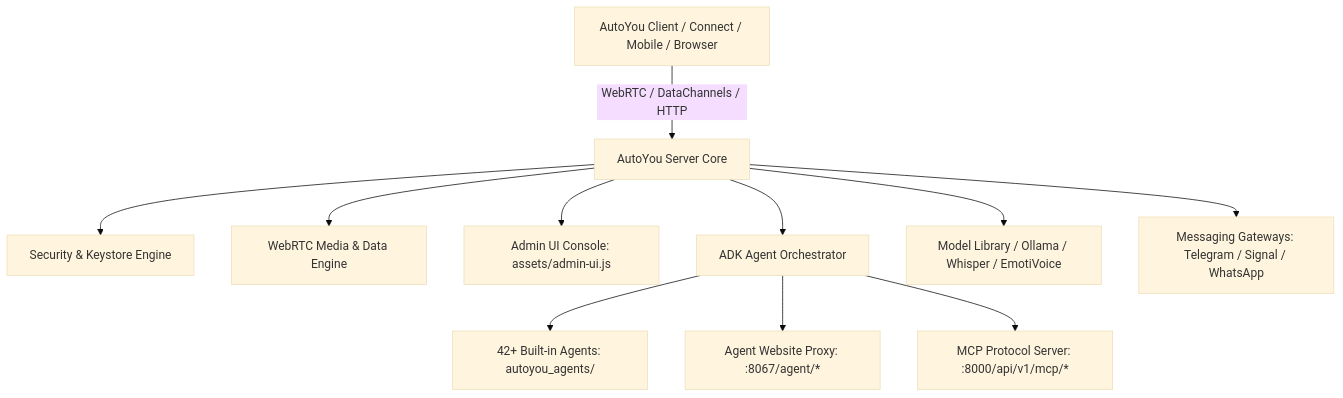
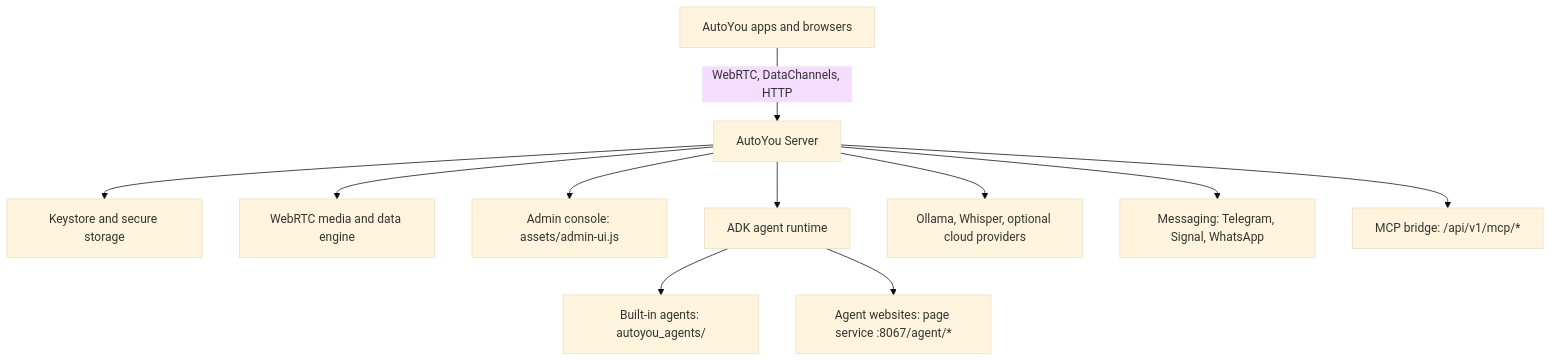
The diagram in docs/index.mdx (autoyou-ai/AutoYou-Server), drawn with Mermaid (base theme) before and after one commit. The commit also changed other lines of this file and 64 other files, not shown here.

````diff
--- a/docs/index.mdx
+++ b/docs/index.mdx
@@ -35,14 +35,14 @@
 ```mermaid
 graph TD
-    Client[AutoYou Client / Connect / Mobile / Browser] -->|WebRTC / DataChannels / HTTP| Server[AutoYou Server Core]
-    Server --> Auth[Security & Keystore Engine]
-    Server --> WebRTC[WebRTC Media & Data Engine]
-    Server --> AdminUI[Admin UI Console: assets/admin-ui.js]
-    Server --> AgentOrch[ADK Agent Orchestrator]
-    Server --> Models[Model Library / Ollama / Whisper / EmotiVoice]
-    Server --> Gateways[Messaging Gateways: Telegram / Signal / WhatsApp]
-    
-    AgentOrch --> AgentCatalog[42+ Built-in Agents: autoyou_agents/]
-    AgentOrch --> AgentWeb[Agent Website Proxy: :8067/agent/*]
-    AgentOrch --> MCP[MCP Protocol Server: :8000/api/v1/mcp/*]
+    Client[AutoYou apps and browsers] -->|WebRTC, DataChannels, HTTP| Server[AutoYou Server]
+    Server --> Security["Keystore and secure storage"]
+    Server --> WebRTC[WebRTC media and data engine]
+    Server --> AdminUI["Admin console: assets/admin-ui.js"]
+    Server --> AgentOrch[ADK agent runtime]
+    Server --> Models[Ollama, Whisper, optional cloud providers]
+    Server --> Gateways[Messaging: Telegram, Signal, WhatsApp]
+    Server --> MCP["MCP bridge: /api/v1/mcp/*"]
+
+    AgentOrch --> AgentCatalog["Built-in agents: autoyou_agents/"]
+    AgentOrch --> AgentWeb["Agent websites: page service :8067/agent/*"]
 ```
````
